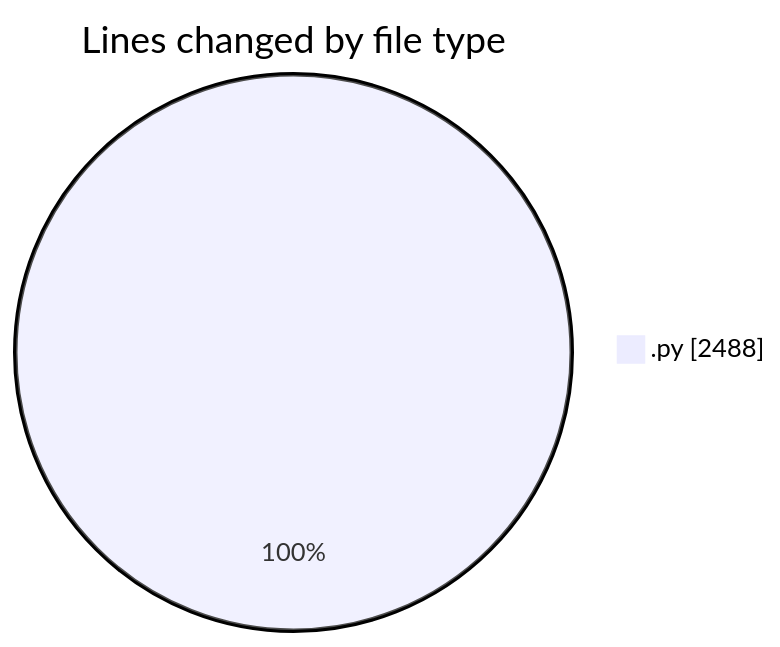
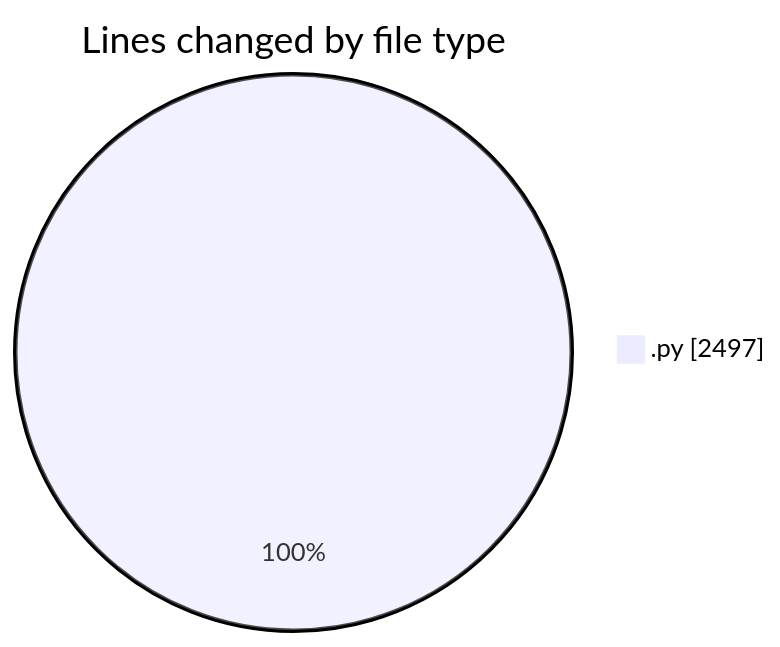
Before and after one commit to Ritupan-Deka/code-tracking: the first of 2 diagrams in 2026-01-11/dsa/README.md, drawn with Mermaid. The commit also changed other lines of this file and 1 other file, not shown here.

````diff
--- a/2026-01-11/dsa/README.md
+++ b/2026-01-11/dsa/README.md
@@ -21,5 +21,5 @@
 ```mermaid
 pie showData
 title Lines changed by file type
-".py" : 2488
+".py" : 2497
 ```
````
